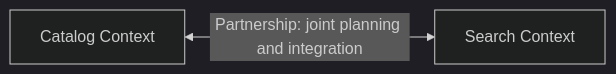
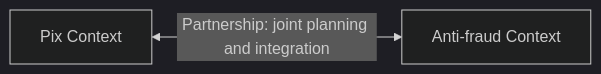
One commit to alancesar/design-patterns changed the diagram in i18n/en/docusaurus-plugin-content-docs/current/design/ddd/context-mapping/partnership.md. Above: the diagram before and after it, drawn with Mermaid (dark theme). The commit also changed other lines of this file and 67 other files, not shown here.

First line of the commit message:
Switch DDD examples and diagrams to fintech scenarios

````diff
--- a/i18n/en/docusaurus-plugin-content-docs/current/design/ddd/context-mapping/partnership.md
+++ b/i18n/en/docusaurus-plugin-content-docs/current/design/ddd/context-mapping/partnership.md
@@ -54,4 +54,4 @@
 ```mermaid
 flowchart LR
-    A["Catalog Context"] <-->|"Partnership: joint planning and integration"| B["Search Context"]
+    A["Pix Context"] <-->|"Partnership: joint planning and integration"| B["Anti-fraud Context"]
 ```
````
